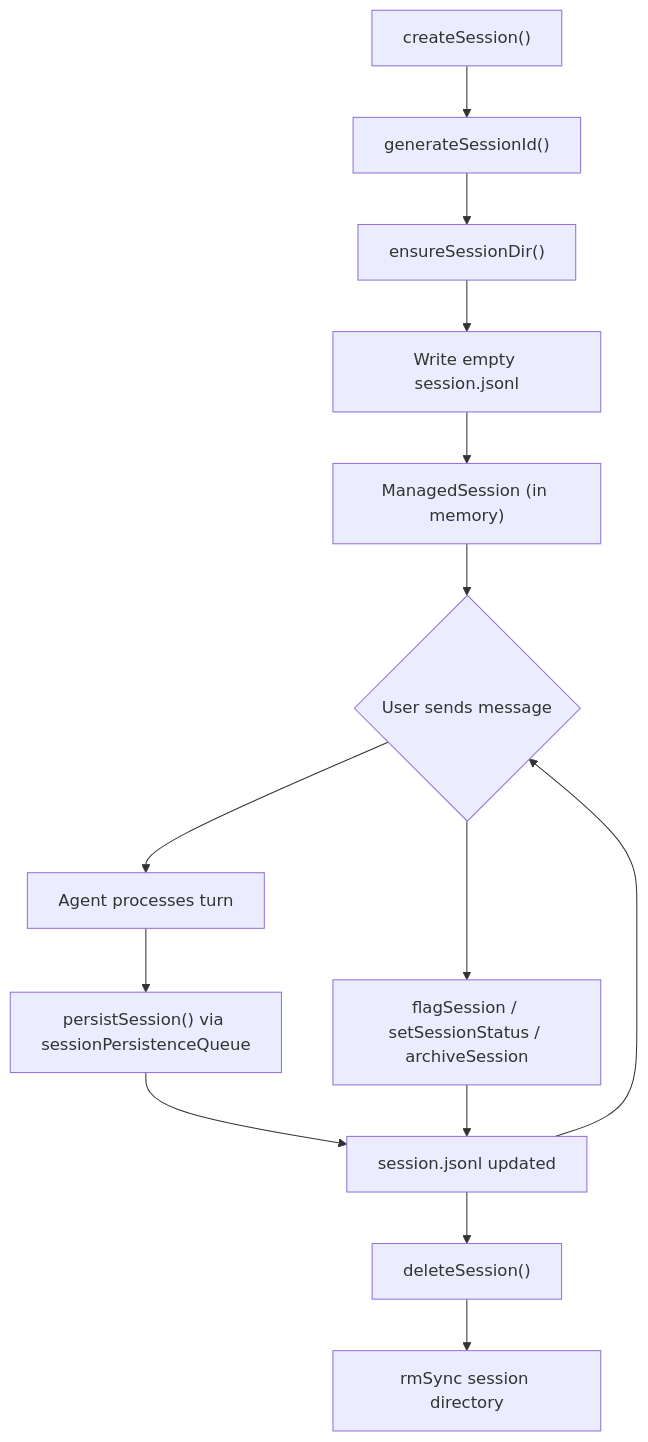
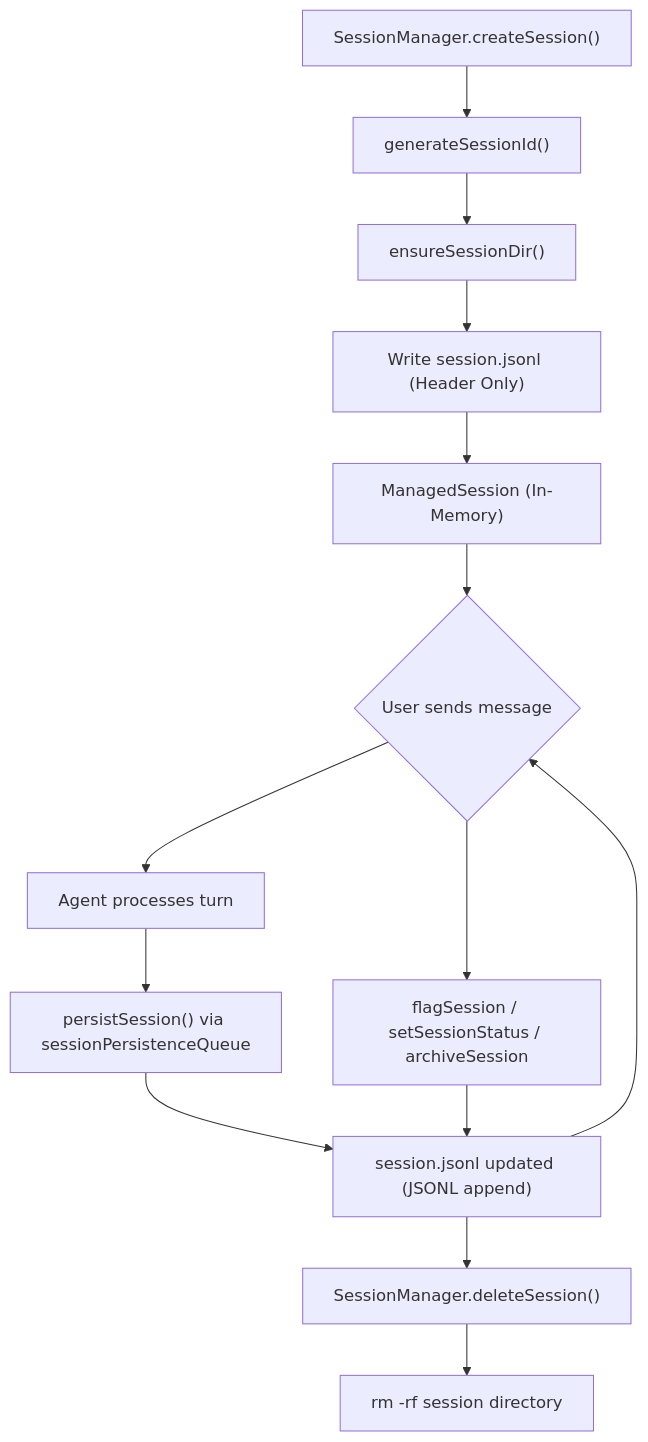
Before and after one commit to blackcater/zentree: the first of 3 diagrams in docs/lukilabs_craft-agents-oss/core-concepts/sessions.md, drawn with Mermaid. The commit also changed other lines of this file and 232 other files, not shown here.

````diff
--- a/docs/lukilabs_craft-agents-oss/core-concepts/sessions.md
+++ b/docs/lukilabs_craft-agents-oss/core-concepts/sessions.md
@@ -92,16 +82,16 @@
 ```mermaid
 flowchart TD
-    A["createSession()"] --> B["generateSessionId()"]
+    A["SessionManager.createSession()"] --> B["generateSessionId()"]
     B --> C["ensureSessionDir()"]
-    C --> D["Write empty session.jsonl"]
-    D --> E["ManagedSession (in memory)"]
+    C --> D["Write session.jsonl (Header Only)"]
+    D --> E["ManagedSession (In-Memory)"]
     E --> F{"User sends message"}
     F --> G["Agent processes turn"]
     G --> H["persistSession() via sessionPersistenceQueue"]
-    H --> I["session.jsonl updated"]
+    H --> I["session.jsonl updated (JSONL append)"]
     I --> F
     F --> J["flagSession / setSessionStatus / archiveSession"]
     J --> I
-    I --> K["deleteSession()"]
-    K --> L["rmSync session directory"]
+    I --> K["SessionManager.deleteSession()"]
+    K --> L["rm -rf session directory"]
 ```
````
